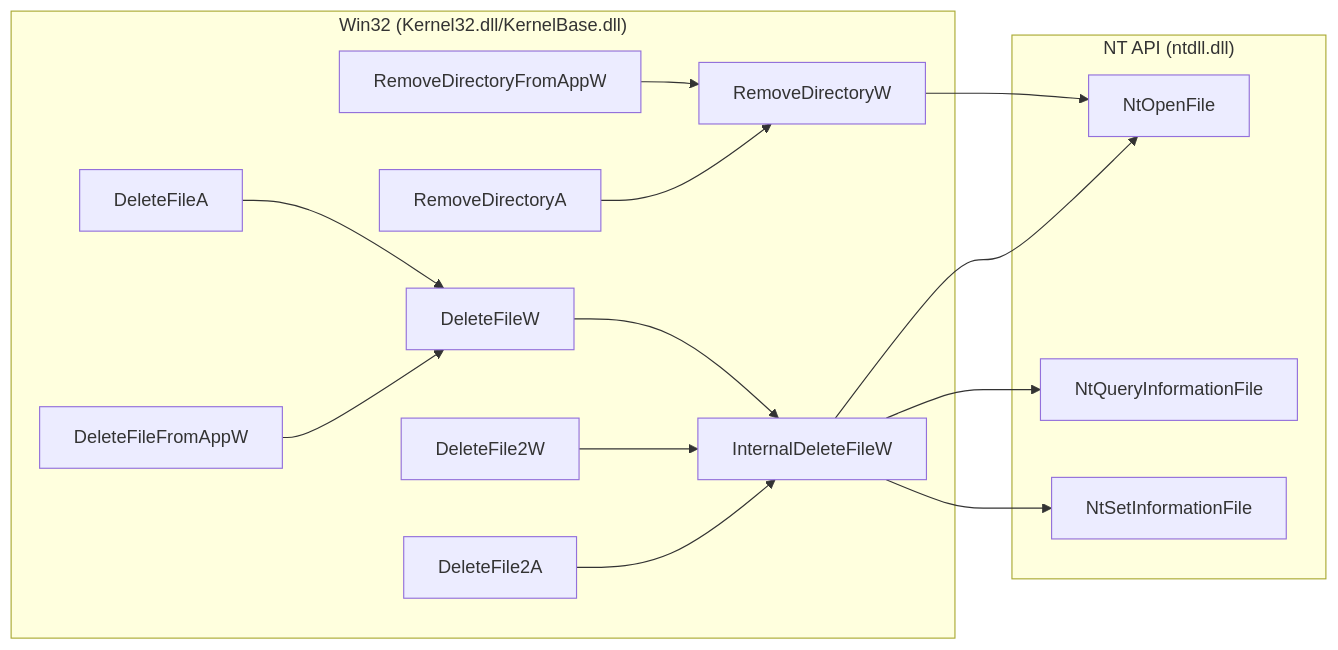
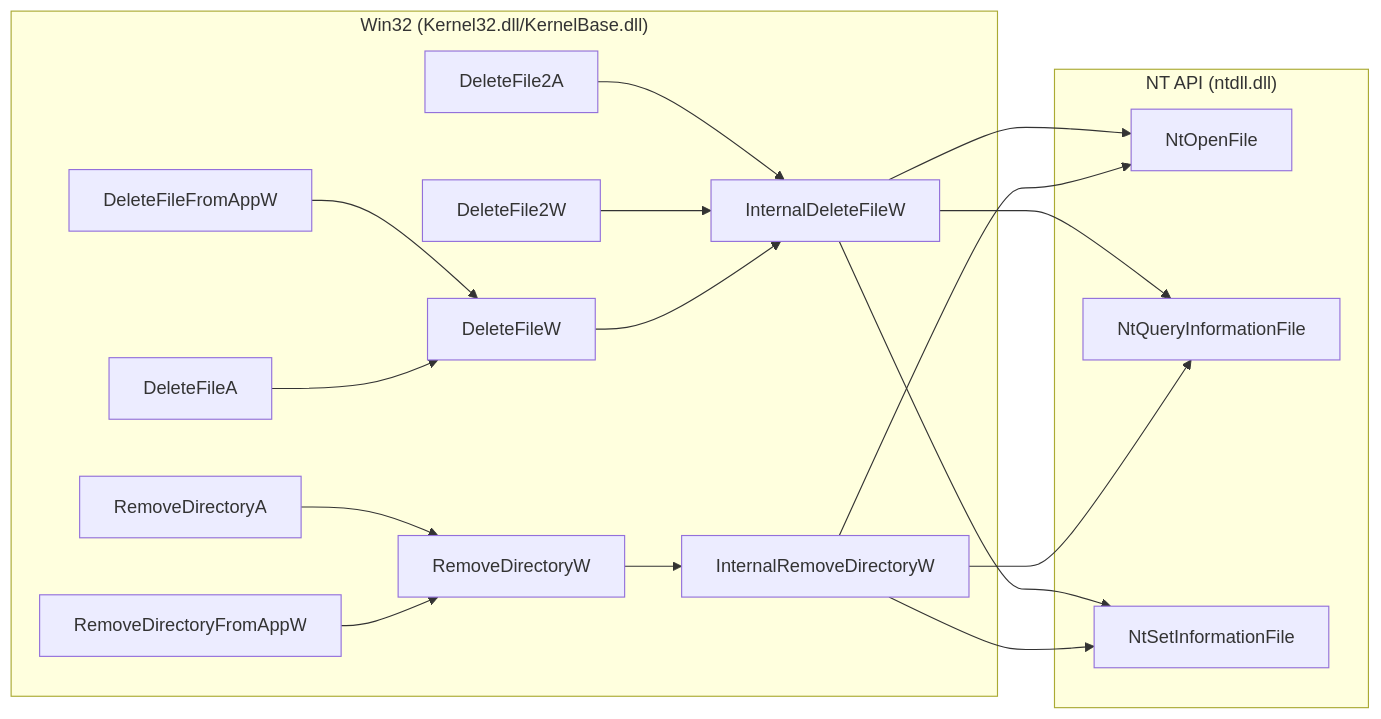
Before and after one commit to Sewer56/vfs-writeup: the third of 10 diagrams in docs/index.md, drawn with Mermaid. The commit also changed other lines of this file, not shown here.

Commit message:
Added: Missing RemoveDirectoryW

````diff
--- a/docs/index.md
+++ b/docs/index.md
@@ -330,33 +330,37 @@
 ```mermaid
 flowchart LR
     subgraph Win32["Win32 (Kernel32.dll/KernelBase.dll)"]
     DeleteFile2A
     DeleteFile2W
     DeleteFileA
     DeleteFileW
     DeleteFileFromAppW
     InternalDeleteFileW
     RemoveDirectoryA
     RemoveDirectoryFromAppW
     RemoveDirectoryW
+    InternalRemoveDirectoryW
 
     DeleteFile2A --> InternalDeleteFileW
     DeleteFile2W --> InternalDeleteFileW
     DeleteFileFromAppW --> DeleteFileW
     DeleteFileA --> DeleteFileW
     DeleteFileW --> InternalDeleteFileW
     RemoveDirectoryA --> RemoveDirectoryW
     RemoveDirectoryFromAppW --> RemoveDirectoryW
+    RemoveDirectoryW --> InternalRemoveDirectoryW
     end
 
     subgraph NT["NT API (ntdll.dll)"]
     NtOpenFile
     NtQueryInformationFile
     NtSetInformationFile
 
     InternalDeleteFileW --> NtOpenFile
     InternalDeleteFileW --> NtQueryInformationFile
     InternalDeleteFileW --> NtSetInformationFile
-    RemoveDirectoryW --> NtOpenFile
+    InternalRemoveDirectoryW --> NtOpenFile
+    InternalRemoveDirectoryW --> NtQueryInformationFile
+    InternalRemoveDirectoryW --> NtSetInformationFile
     end
 ```
````
